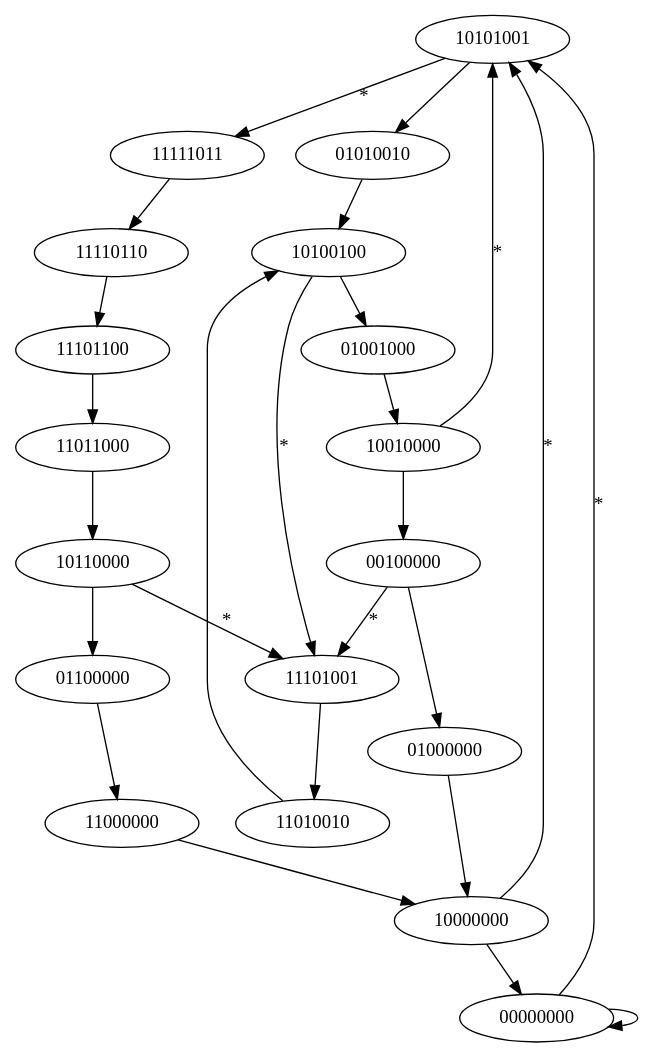
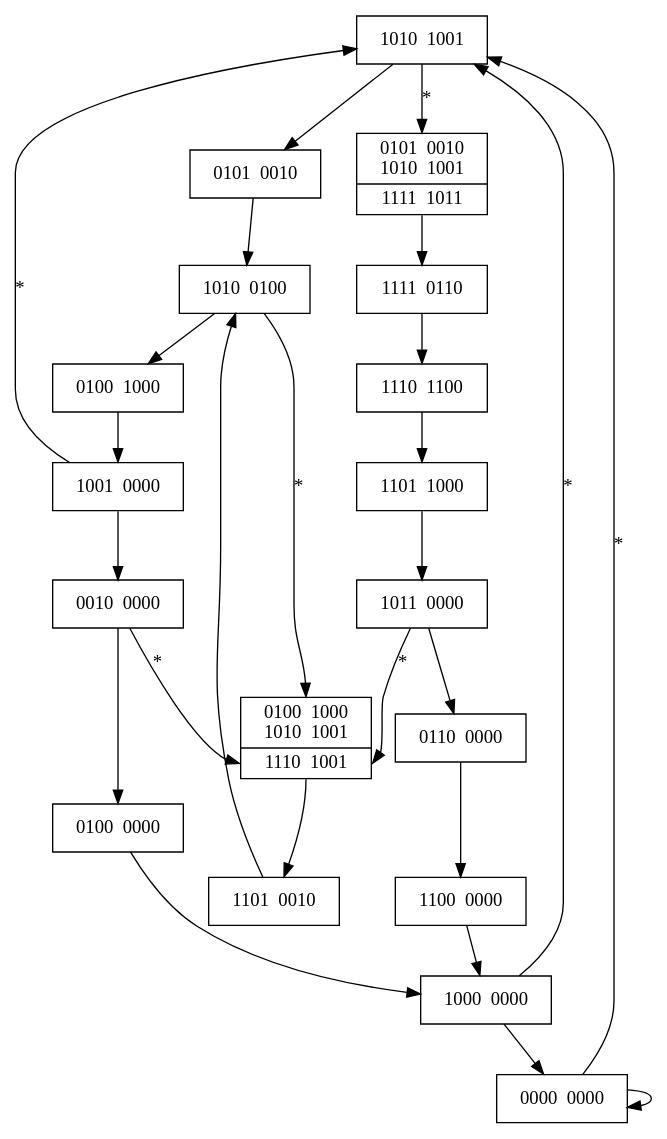
Before and after one commit to Sholde/Graph: the diagram in full_graph.dot, drawn with Graphviz. The commit also changed 4 other files, not shown here.

Commit message:
full graph

```diff
--- a/full_graph.dot
+++ b/full_graph.dot
@@ -1,51 +1,53 @@
-digraph {
-    10101001 -> 01010010;
-    01010010 -> 10100100;
-    10100100 -> 01001000;
-    01001000 -> 10010000;
-    10010000 -> 00100000;
-    00100000 -> 01000000;
-    01000000 -> 10000000;
-    10000000 -> 00000000;
-    00000000 -> 00000000;
-    00000000 -> 10101001[label="*",weight="1"];
+digraph G {
 
-    //    10101001
-    // ou 01010010
-    // =  11111011
-    10101001 -> 11111011[label="*",weight="1"];
-    11111011 -> 11110110;
-    11110110 -> 11101100;
-    11101100 -> 11011000;
-    11011000 -> 10110000;
-    10110000 -> 01100000;
-    01100000 -> 11000000;
-    11000000 -> 10000000;
-    
-    //    10101001
-    // ou 01001000
-    // =  11101001
-    10100100 -> 11101001[label="*",weight="1"];
-    11101001 -> 11010010;
-    11010010 -> 10100100;
+    node [shape = record];
 
-    //    10101001
-    // ou 00100000
-    // =  10101001
-    10010000 -> 10101001[label="*",weight="1"];
+    root0 [label="1010 &#92; 1001"];
+    root1 [label="0101 &#92; 0010"];
+    root2 [label="1010 &#92; 0100"];
+    root3 [label="0100 &#92; 1000"];
+    root4 [label="1001 &#92; 0000"];
+    root5 [label="0010 &#92; 0000"];
+    root6 [label="0100 &#92; 0000"];
+    root7 [label="1000 &#92; 0000"];
+    root8 [label="0000 &#92; 0000"];
 
-    //    10101001
-    // ou 00000000
-    // =  10101001
-    10000000 -> 10101001[label="*",weight="1"];
+    root0 -> root1;
+    root1 -> root2;
+    root2 -> root3;
+    root3 -> root4;
+    root4 -> root5;
+    root4 -> root0[label="*", weight="1"];
+    root5 -> root6;
+    root6 -> root7;
+    root7 -> root8;
+    root7 -> root0[label="*", weight="1"];
+    root8 -> root8;
+    root8 -> root0[label="*", weight="1"];
 
-    //    10101001
-    // ou 01100000
-    // =  11101001
-    10110000 -> 11101001[label="*",weight="1"];
+    fisrt1 [label="{<f0>0101 &#92; 0010&#92;n1010 &#92; 1001|<f1>1111 &#92; 1011}"];
+    first2 [label="1111 &#92; 0110"];
+    first3 [label="1110 &#92; 1100"];
+    first4 [label="1101 &#92; 1000"];
+    first5 [label="1011 &#92; 0000"];
+    first6 [label="0110 &#92; 0000"];
+    first7 [label="1100 &#92; 0000"];
 
-    //    10101001
-    // ou 01000000
-    // =  11101001
-    00100000 -> 11101001[label="*",weight="1"];
+    root0 -> fisrt1:f0[label="*", weight="1"];
+    fisrt1:f1 -> first2;
+    first2 -> first3;
+    first3 -> first4;
+    first4 -> first5;
+    first5 -> first6;
+    first5 -> second1:f1[label="*", weight="1"];
+    first6 -> first7;
+    first7 -> root7;
+
+    second1 [label="{<f0>0100 &#92; 1000&#92;n1010 &#92; 1001|<f1>1110 &#92; 1001}"];
+    second2 [label="1101 &#92; 0010"];
+
+    root2 -> second1:f0[label="*", weight="1"];
+    root5 -> second1:f1[label="*", weight="1"];
+    second1:f1 -> second2;
+    second2 -> root2;
 }
```
